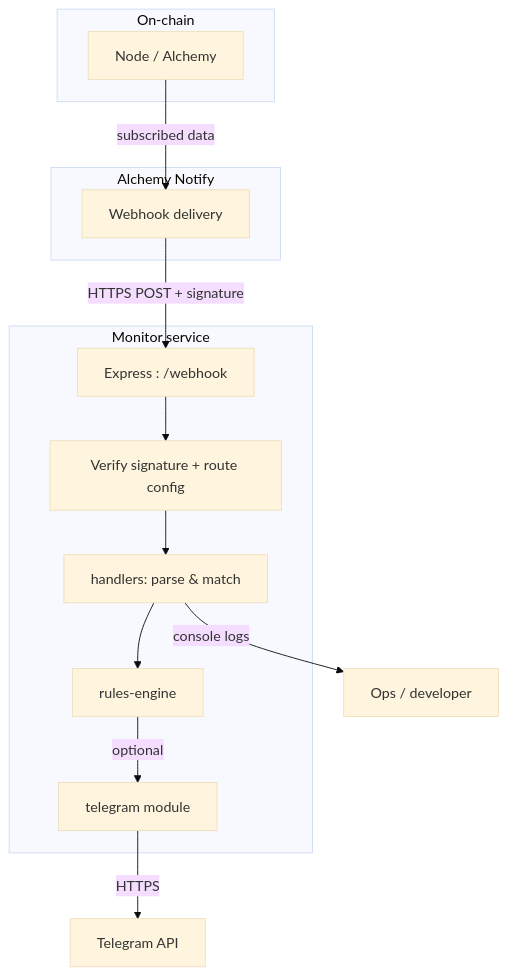
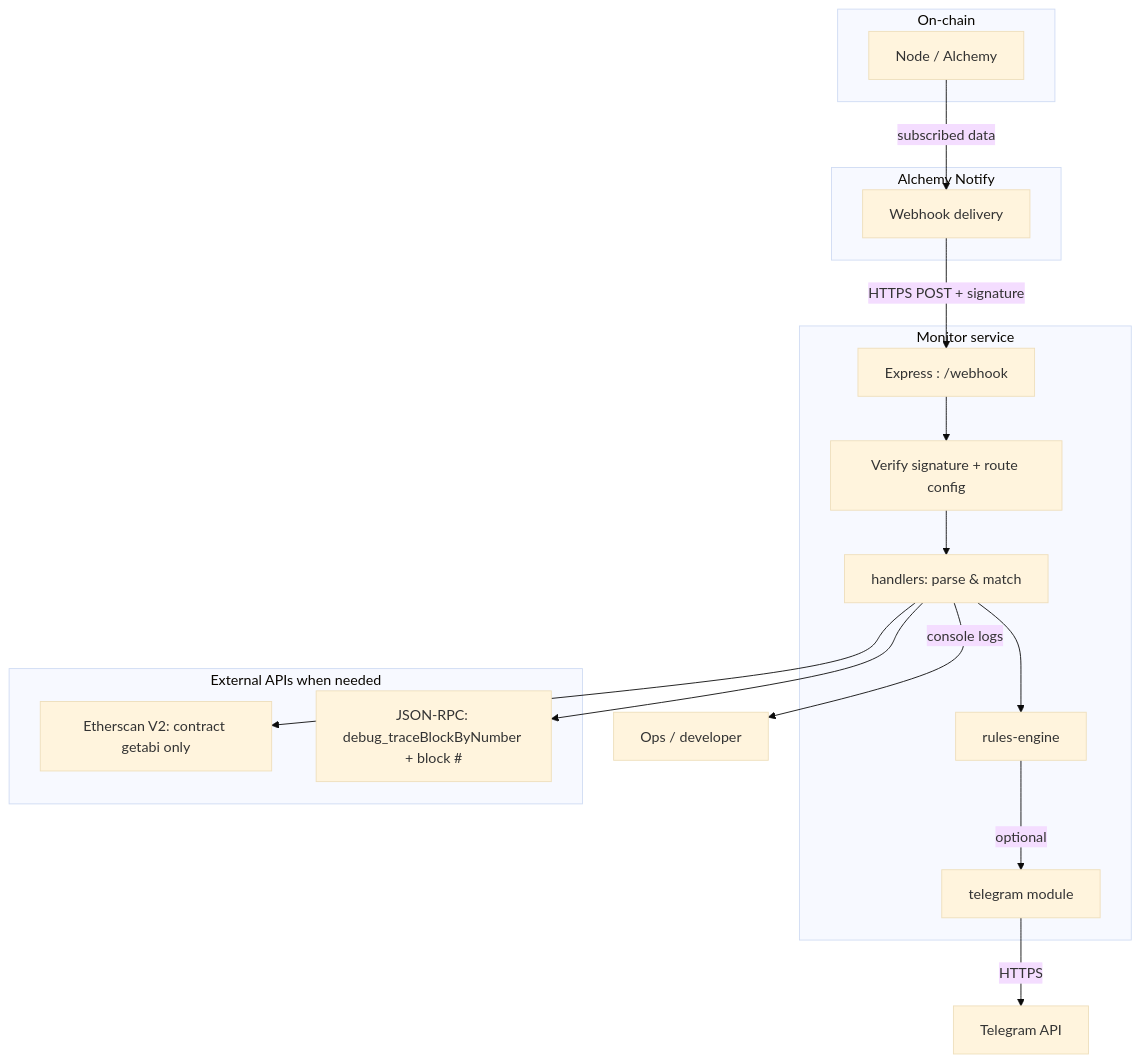
Before and after one commit to CZToTheTop/internal_tx_monitor: the diagram in docs/flowcharts/01-architecture.mmd, drawn with Mermaid (base theme). The commit also changed 16 other files, not shown here.

```diff
--- a/docs/flowcharts/01-architecture.mmd
+++ b/docs/flowcharts/01-architecture.mmd
@@ -1,29 +1,36 @@
-%% Vertical layout for clearer rendering at readable size
+%% Vertical layout; Etherscan = ABI only; RPC = internal trace to parent tx
 flowchart TD
   subgraph chain["On-chain"]
-    RPC["Node / Alchemy"]
+    RPCNODE["Node / Alchemy"]
   end
 
   subgraph notify["Alchemy Notify"]
     WH["Webhook delivery"]
   end
 
-  RPC -->|"subscribed data"| WH
+  RPCNODE -->|"subscribed data"| WH
 
   subgraph mon["Monitor service"]
     SRV["Express : /webhook"]
     SIG["Verify signature + route config"]
     HND["handlers: parse & match"]
     RE["rules-engine"]
     TG["telegram module"]
   end
 
+  subgraph ext["External APIs when needed"]
+    ES["Etherscan V2: contract getabi only"]
+    DBG["JSON-RPC: debug_traceBlockByNumber + block #"]
+  end
+
   WH -->|"HTTPS POST + signature"| SRV
   SRV --> SIG --> HND --> RE
   RE -->|"optional"| TG
+  HND --> ES
+  HND --> DBG
 
   User["Ops / developer"]
   TGAPI["Telegram API"]
 
   HND -->|"console logs"| User
   TG -->|"HTTPS"| TGAPI
```
